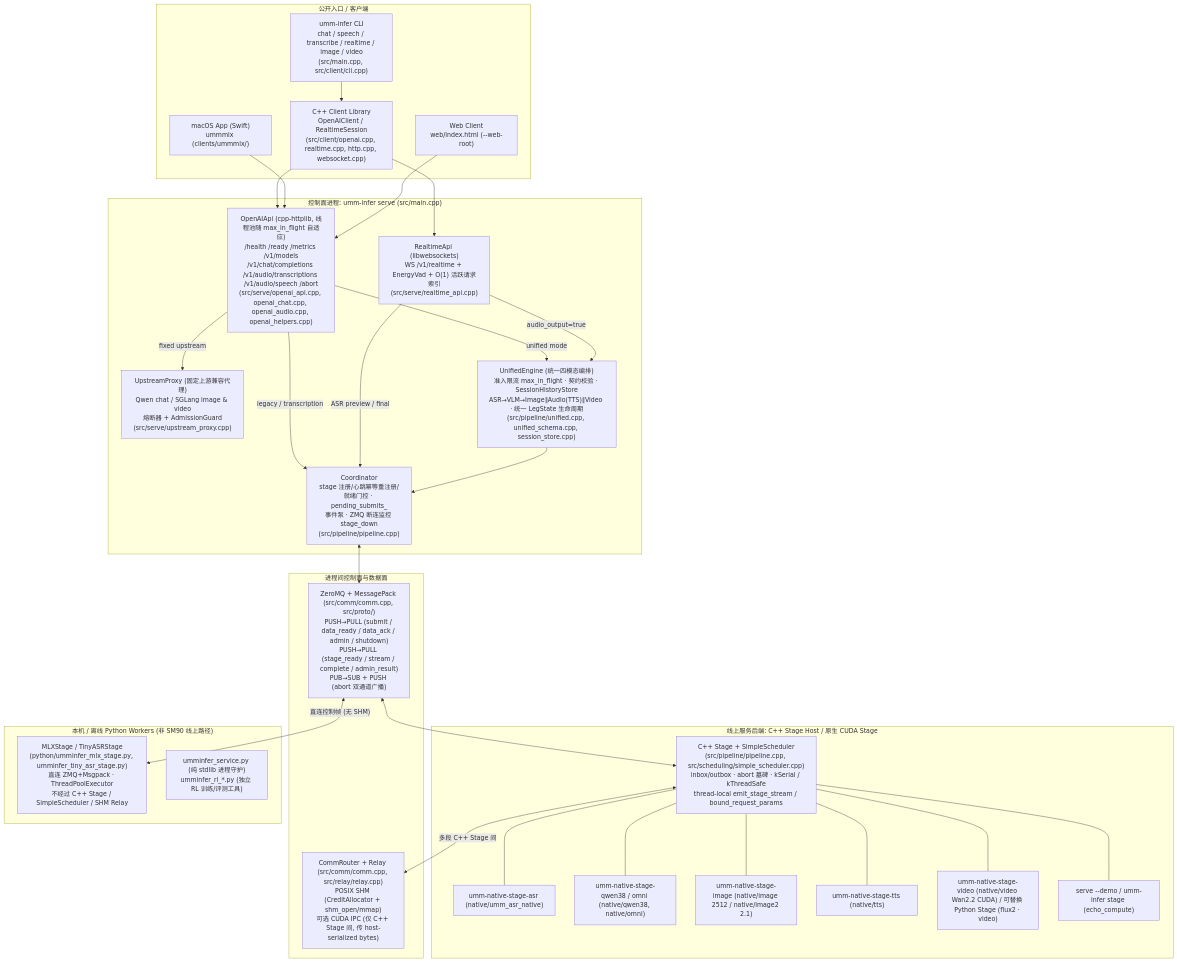
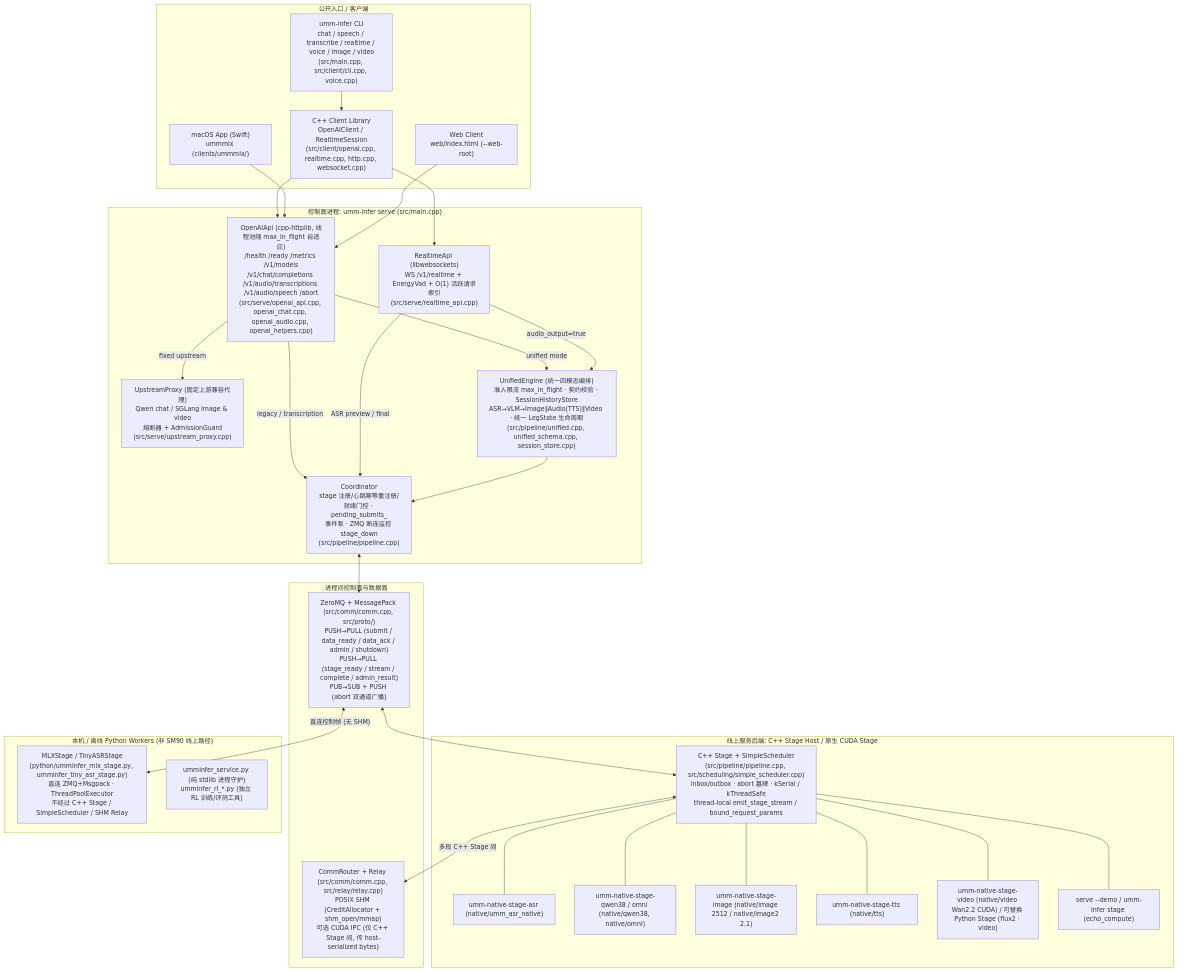
One commit to thinkseek/ummInfer changed the diagram in docs/architecture.md. Above: the diagram before and after it, drawn with Mermaid. The commit also changed 13 other files, not shown here.

Commit message:
feat(cli): add opt-in full-duplex umm-infer voice with ALSA/AudioQueue I/O, Stage B playback_ack, and handshake-close fix

````diff
--- a/docs/architecture.md
+++ b/docs/architecture.md
@@ -10,62 +10,62 @@
 ```mermaid
 flowchart TB
   subgraph Clients["公开入口 / 客户端"]
-    CLI["umm-infer CLI<br/>chat / speech / transcribe / realtime / image / video<br/>(src/main.cpp, src/client/cli.cpp)"]
+    CLI["umm-infer CLI<br/>chat / speech / transcribe / realtime / voice / image / video<br/>(src/main.cpp, src/client/cli.cpp, voice.cpp)"]
     CPP["C++ Client Library<br/>OpenAIClient / RealtimeSession<br/>(src/client/openai.cpp, realtime.cpp, http.cpp, websocket.cpp)"]
     SWIFT["macOS App (Swift)<br/>ummmlx (clients/ummmlx/)"]
     WEB["Web Client<br/>web/index.html (--web-root)"]
   end
 
   subgraph Server["控制面进程: umm-infer serve (src/main.cpp)"]
     HTTP["OpenAIApi (cpp-httplib, 线程池随 max_in_flight 自适应)<br/>/health /ready /metrics /v1/models<br/>/v1/chat/completions /v1/audio/transcriptions /v1/audio/speech /abort<br/>(src/serve/openai_api.cpp, openai_chat.cpp, openai_audio.cpp, openai_helpers.cpp)"]
     PROXY["UpstreamProxy (固定上游兼容代理)<br/>Qwen chat / SGLang image & video<br/>熔断器 + AdmissionGuard<br/>(src/serve/upstream_proxy.cpp)"]
     WS["RealtimeApi (libwebsockets)<br/>WS /v1/realtime + EnergyVad + O(1) 活跃请求索引<br/>(src/serve/realtime_api.cpp)"]
     UE["UnifiedEngine (统一四模态编排)<br/>准入限流 max_in_flight · 契约校验 · SessionHistoryStore<br/>ASR→VLM→Image∥Audio(TTS)∥Video · 统一 LegState 生命周期<br/>(src/pipeline/unified.cpp, unified_schema.cpp, session_store.cpp)"]
     COORD["Coordinator<br/>stage 注册/心跳幂等重注册/就绪门控 · pending_submits_<br/>事件泵 · ZMQ 断连监控 stage_down<br/>(src/pipeline/pipeline.cpp)"]
   end
 
   subgraph Transport["进程间控制面与数据面"]
     ZMQ["ZeroMQ + MessagePack (src/comm/comm.cpp, src/proto/)<br/>PUSH→PULL (submit / data_ready / data_ack / admin / shutdown)<br/>PUSH→PULL (stage_ready / stream / complete / admin_result)<br/>PUB→SUB + PUSH (abort 双通道广播)"]
     RELAY["CommRouter + Relay (src/comm/comm.cpp, src/relay/relay.cpp)<br/>POSIX SHM (CreditAllocator + shm_open/mmap)<br/>可选 CUDA IPC (仅 C++ Stage 间, 传 host-serialized bytes)"]
   end
 
   subgraph NativeStages["线上服务后端: C++ Stage Host / 原生 CUDA Stage"]
     STAGE["C++ Stage + SimpleScheduler<br/>(src/pipeline/pipeline.cpp, src/scheduling/simple_scheduler.cpp)<br/>inbox/outbox · abort 墓碑 · kSerial / kThreadSafe<br/>thread-local emit_stage_stream / bound_request_params"]
     BIN_ASR["umm-native-stage-asr (native/umm_asr_native)"]
     BIN_VLM["umm-native-stage-qwen38 / omni (native/qwen38, native/omni)"]
     BIN_IMG["umm-native-stage-image (native/image 2512 / native/image2 2.1)"]
     BIN_TTS["umm-native-stage-tts (native/tts)"]
     BIN_VID["umm-native-stage-video (native/video Wan2.2 CUDA) / 可替换 Python Stage (flux2 · video)"]
     DEMO["serve --demo / umm-infer stage (echo_compute)"]
   end
 
   subgraph PythonWorkers["本机 / 离线 Python Workers (非 SM90 线上路径)"]
     MLX["MLXStage / TinyASRStage<br/>(python/umminfer_mlx_stage.py, umminfer_tiny_asr_stage.py)<br/>直连 ZMQ+Msgpack · ThreadPoolExecutor<br/>不经过 C++ Stage / SimpleScheduler / SHM Relay"]
     SUP["umminfer_service.py (纯 stdlib 进程守护)<br/>umminfer_rl_*.py (独立 RL 训练/评测工具)"]
   end
 
   CLI --> CPP
   CPP --> HTTP
   CPP --> WS
   SWIFT --> HTTP
   WEB --> HTTP
 
   HTTP -->|"fixed upstream"| PROXY
   HTTP -->|"unified mode"| UE
   HTTP -->|"legacy / transcription"| COORD
   WS -->|"ASR preview / final"| COORD
   WS -->|"audio_output=true"| UE
   UE --> COORD
 
   COORD <--> ZMQ
   ZMQ <--> STAGE
   STAGE <-->|"多段 C++ Stage 间"| RELAY
   STAGE --- BIN_ASR
   STAGE --- BIN_VLM
   STAGE --- BIN_IMG
   STAGE --- BIN_TTS
   STAGE --- BIN_VID
   STAGE --- DEMO
 
   ZMQ <-->|"直连控制帧 (无 SHM)"| MLX
 ```
````
